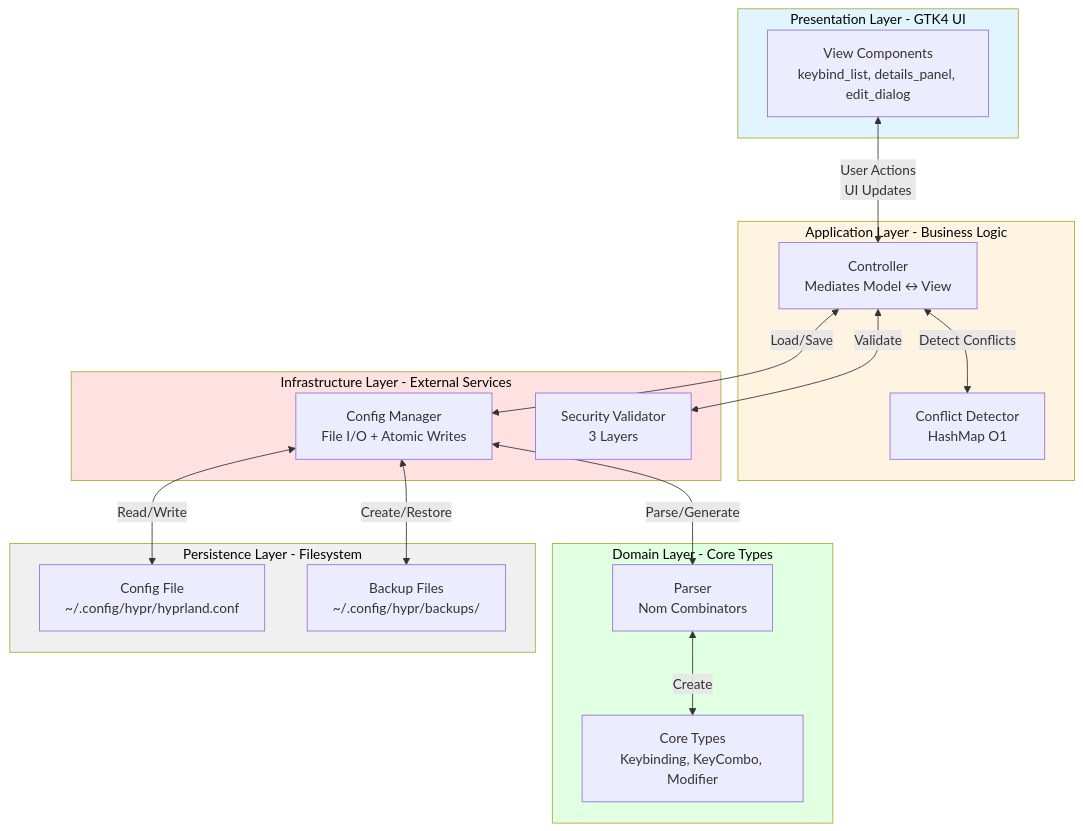
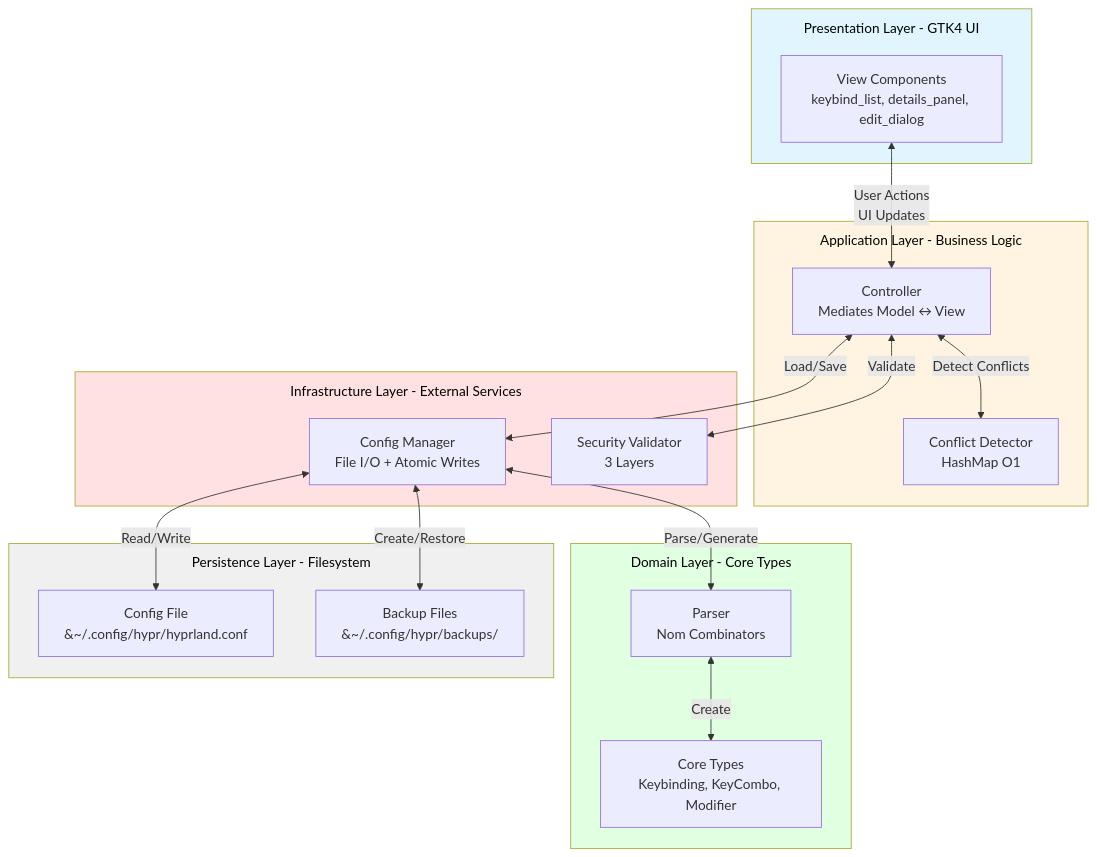
One commit to tidynest/hypr-keybind-manager changed the first of 7 diagrams in docs/ARCHITECTURE.md. Above: the diagram before and after it, drawn with Mermaid.

Commit message:
Fix Controller arrow and update file paths
Corrected arrow representation in the Controller component and updated file paths to use the tilde character.

````diff
--- a/docs/ARCHITECTURE.md
+++ b/docs/ARCHITECTURE.md
@@ -24,41 +24,42 @@
 ```mermaid
+%%{init: {'flowchart': {'subGraphTitleMargin': {'top': 10, 'bottom': 20}}}}%%
 graph TB
     subgraph Presentation [Presentation Layer - GTK4 UI]
         View[View Components<br/>keybind_list, details_panel, edit_dialog]
     end
 
     subgraph Application [Application Layer - Business Logic]
-        Controller[Controller<br/>Mediates Model ↔ View]
+        Controller[Controller<br/>Mediates Model &harr; View]
         ConflictDetect[Conflict Detector<br/>HashMap O1]
     end
 
     subgraph Domain [Domain Layer - Core Types]
         Types[Core Types<br/>Keybinding, KeyCombo, Modifier]
         Parser[Parser<br/>Nom Combinators]
     end
 
     subgraph Infrastructure [Infrastructure Layer - External Services]
         ConfigMgr[Config Manager<br/>File I/O + Atomic Writes]
         Validator[Security Validator<br/>3 Layers]
     end
 
     subgraph Persistence [Persistence Layer - Filesystem]
-        ConfigFile[Config File<br/>~/.config/hypr/hyprland.conf]
-        Backups[Backup Files<br/>~/.config/hypr/backups/]
+        ConfigFile[Config File<br/>&#126;/.config/hypr/hyprland.conf]
+        Backups[Backup Files<br/>&#126;/.config/hypr/backups/]
     end
 
     View <-->|User Actions<br/>UI Updates| Controller
     Controller <-->|Load/Save| ConfigMgr
     Controller <-->|Detect Conflicts| ConflictDetect
     Controller <-->|Validate| Validator
     ConfigMgr <-->|Parse/Generate| Parser
     Parser <-->|Create| Types
     ConfigMgr <-->|Read/Write| ConfigFile
     ConfigMgr <-->|Create/Restore| Backups
 
     style Presentation fill:#e1f5ff,color:#000
     style Application fill:#fff4e1,color:#000
     style Domain fill:#e1ffe1,color:#000
     style Infrastructure fill:#ffe1e1,color:#000
     style Persistence fill:#f0f0f0,color:#000
 ```
````
